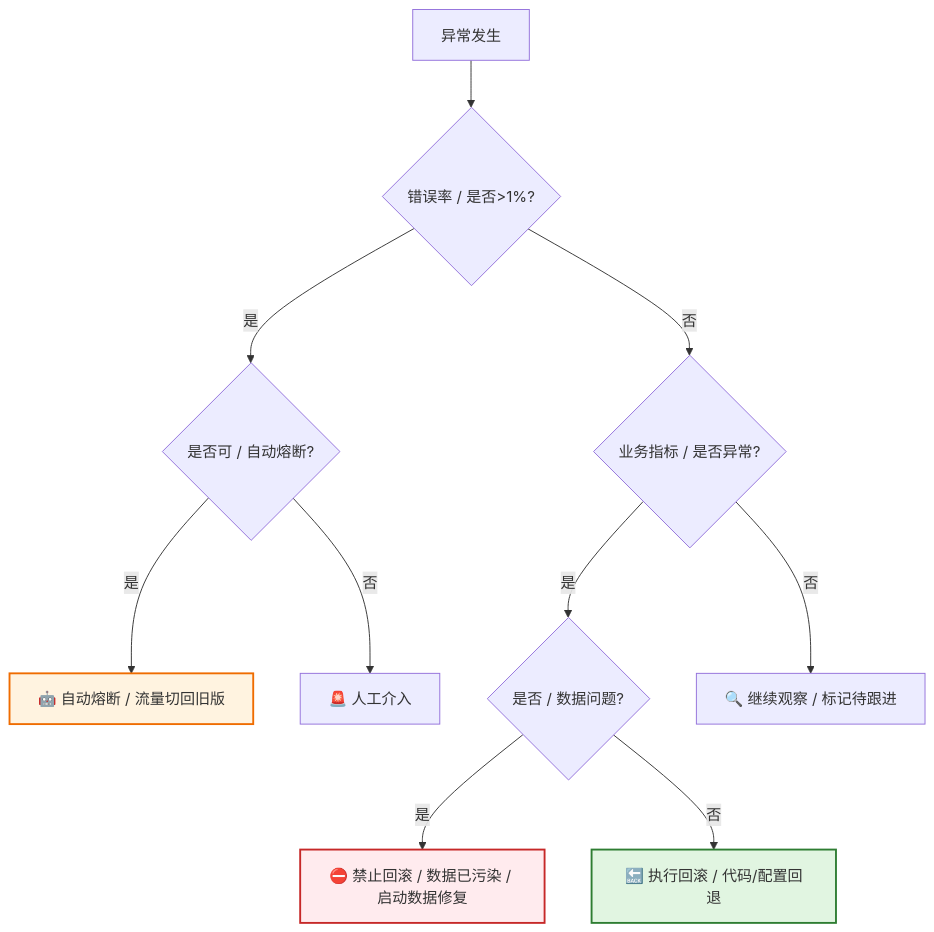
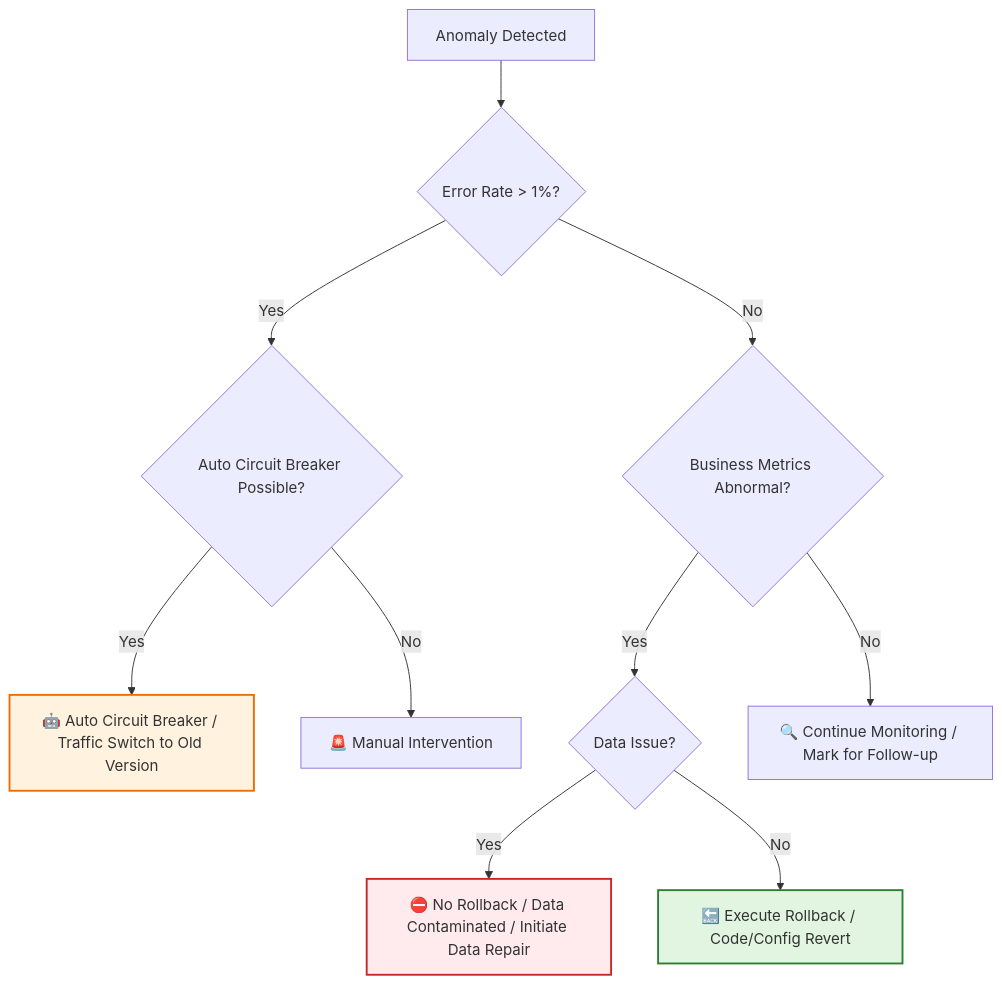
Before and after one commit to Kirky-X/cangjie: the sixth of 8 diagrams in templates/产品/交付层/【模板】发布计划文档.md, drawn with Mermaid. The commit also changed other lines of this file and 46 other files, not shown here.

````diff
--- a/templates/产品/交付层/【模板】发布计划文档.md
+++ b/templates/产品/交付层/【模板】发布计划文档.md
@@ -466,16 +466,16 @@
 ```mermaid
 flowchart TD
-    A[异常发生] --> B{错误率 / 是否>1%?}
-    B -->|是| C{是否可 / 自动熔断?}
-    C -->|是| D[🤖 自动熔断 / 流量切回旧版]
-    C -->|否| E[🚨 人工介入]
-    B -->|否| F{业务指标 / 是否异常?}
-    F -->|是| G{是否 / 数据问题?}
-    G -->|是| H[⛔ 禁止回滚 / 数据已污染 / 启动数据修复]
-    G -->|否| I[🔙 执行回滚 / 代码/配置回退]
-    F -->|否| J[🔍 继续观察 / 标记待跟进]
+    A[Anomaly Detected] --> B{Error Rate > 1%?}
+    B -->|Yes| C{Auto Circuit Breaker Possible?}
+    C -->|Yes| D[🤖 Auto Circuit Breaker / Traffic Switch to Old Version]
+    C -->|No| E[🚨 Manual Intervention]
+    B -->|No| F{Business Metrics Abnormal?}
+    F -->|Yes| G{Data Issue?}
+    G -->|Yes| H[⛔ No Rollback / Data Contaminated / Initiate Data Repair]
+    G -->|No| I[🔙 Execute Rollback / Code/Config Revert]
+    F -->|No| J[🔍 Continue Monitoring / Mark for Follow-up]
 
     style D fill:#fff3e0,stroke:#ef6c00,stroke-width:2px
     style H fill:#ffebee,stroke:#c62828,stroke-width:2px
     style I fill:#e1f5e1,stroke:#2e7d32,stroke-width:2px
 ```
````
